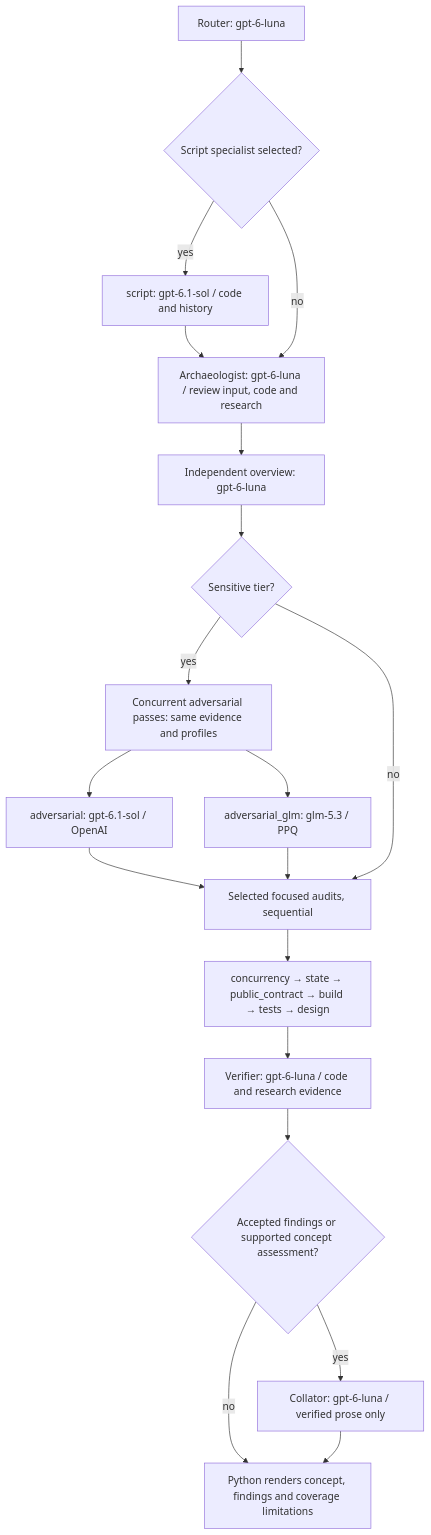
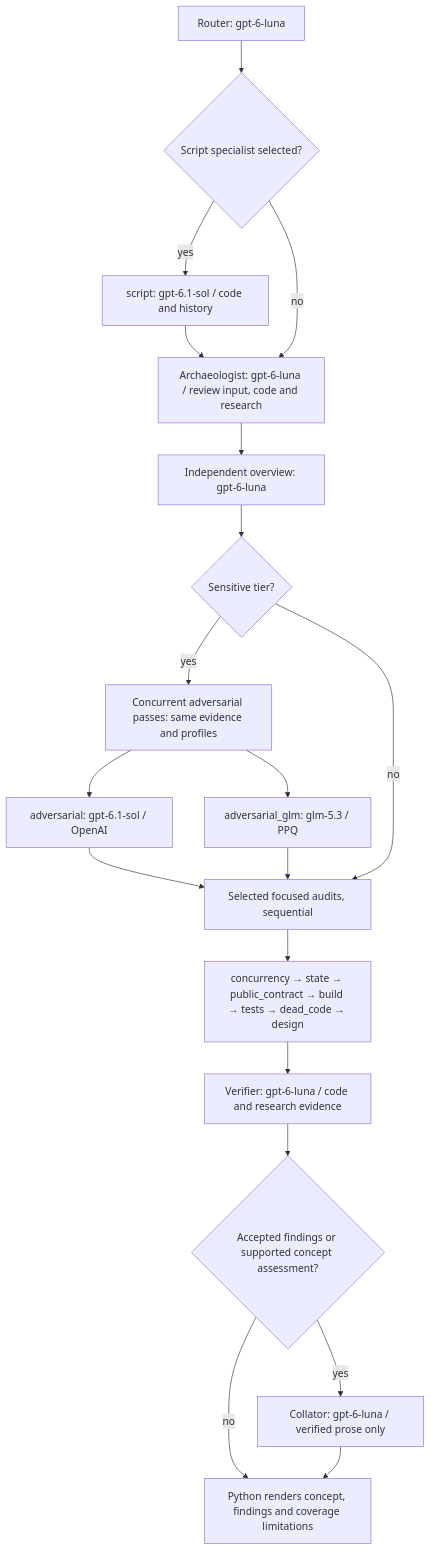
Before and after one commit to willcl-ark/nix: the third of 4 diagrams in pkgs/ralph/README.md, drawn with Mermaid. The commit also changed other lines of this file and 10 other files, not shown here.

First line of the commit message:
ralph: add a dead-code audit

````diff
--- a/pkgs/ralph/README.md
+++ b/pkgs/ralph/README.md
@@ -180,21 +181,21 @@
 ```mermaid
 flowchart TD
     route["Router: gpt-6-luna"] --> script{"Script specialist selected?"}
     script -->|yes| expert["script: gpt-6.1-sol / code and history"]
     expert --> archaeology["Archaeologist: gpt-6-luna / review input, code and research"]
     script -->|no| archaeology
     archaeology --> independent["Independent overview: gpt-6-luna"]
     independent --> sensitive{"Sensitive tier?"}
     sensitive -->|yes| pair["Concurrent adversarial passes: same evidence and profiles"]
     pair --> sol["adversarial: gpt-6.1-sol / OpenAI"]
     pair --> glm["adversarial_glm: glm-5.3 / PPQ"]
     sol --> focused["Selected focused audits, sequential"]
     glm --> focused
     sensitive -->|no| focused
-    focused --> order["concurrency → state → public_contract → build → tests → design"]
+    focused --> order["concurrency → state → public_contract → build → tests → dead_code → design"]
     order --> verifier["Verifier: gpt-6-luna / code and research evidence"]
     verifier --> accepted{"Accepted findings or supported concept assessment?"}
     accepted -->|yes| collator["Collator: gpt-6-luna / verified prose only"]
     accepted -->|no| render["Python renders concept, findings and coverage limitations"]
     collator --> render
 ```
````
